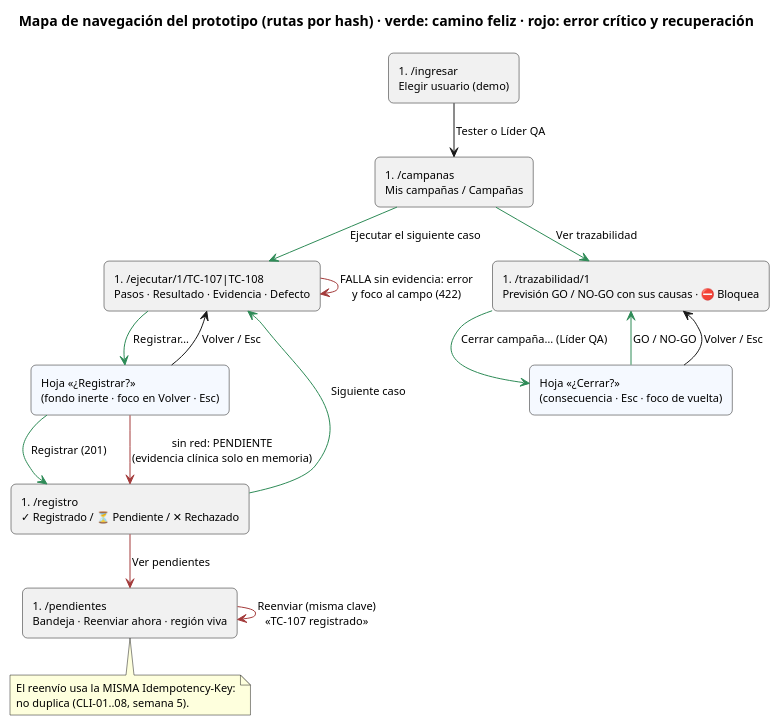
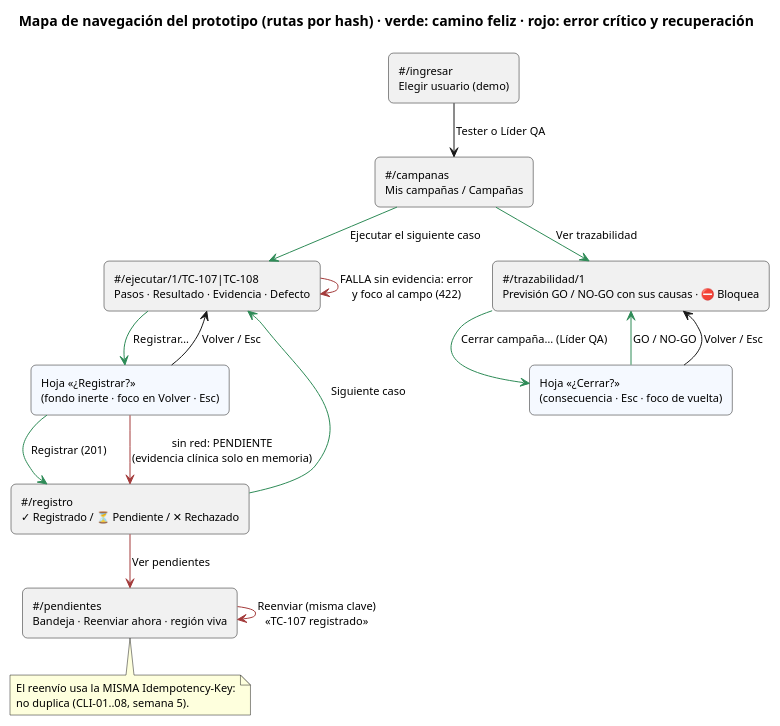
One commit to bquiroao/practica-laravel13 changed the diagram in docs/modulos/qa-regresion-defectos/semana-11/diagramas/semana-11-mapa-navegacion.puml. Above: the diagram before and after it, drawn with PlantUML. The commit also changed 63 other files, not shown here.

Commit message:
docs(qa-regresion): semana 12, segunda evaluación parcial con matriz decisión-requisito-evidencia y trazabilidad por requisito

```diff
--- a/docs/modulos/qa-regresion-defectos/semana-11/diagramas/semana-11-mapa-navegacion.puml
+++ b/docs/modulos/qa-regresion-defectos/semana-11/diagramas/semana-11-mapa-navegacion.puml
@@ -1,36 +1,36 @@
 @startuml semana-11-mapa-navegacion
 !pragma layout smetana
 title Mapa de navegación del prototipo (rutas por hash) · verde: camino feliz · rojo: error crítico y recuperación
 skinparam defaultFontSize 11
 skinparam rectangleRoundCorner 10
 
-rectangle "#/ingresar\nElegir usuario (demo)" as I
-rectangle "#/campanas\nMis campañas / Campañas" as C
-rectangle "#/ejecutar/1/TC-107|TC-108\nPasos · Resultado · Evidencia · Defecto" as E
+rectangle "<U+0023>/ingresar\nElegir usuario (demo)" as I
+rectangle "<U+0023>/campanas\nMis campañas / Campañas" as C
+rectangle "<U+0023>/ejecutar/1/TC-107|TC-108\nPasos · Resultado · Evidencia · Defecto" as E
 rectangle "Hoja «¿Registrar?»\n(fondo inerte · foco en Volver · Esc)" as H1 #F5F9FF
-rectangle "#/registro\n✓ Registrado / ⏳ Pendiente / ✕ Rechazado" as R
-rectangle "#/pendientes\nBandeja · Reenviar ahora · región viva" as P
-rectangle "#/trazabilidad/1\nPrevisión GO / NO-GO con sus causas · ⛔ Bloquea" as T
+rectangle "<U+0023>/registro\n✓ Registrado / ⏳ Pendiente / ✕ Rechazado" as R
+rectangle "<U+0023>/pendientes\nBandeja · Reenviar ahora · región viva" as P
+rectangle "<U+0023>/trazabilidad/1\nPrevisión GO / NO-GO con sus causas · ⛔ Bloquea" as T
 rectangle "Hoja «¿Cerrar?»\n(consecuencia · Esc · foco de vuelta)" as H2 #F5F9FF
 
 I --> C : Tester o Líder QA
 C -[#2E8B57]-> E : Ejecutar el siguiente caso
 E -[#2E8B57]-> H1 : Registrar…
 H1 -[#2E8B57]-> R : Registrar (201)
 R -[#2E8B57]-> E : Siguiente caso
 C -[#2E8B57]-> T : Ver trazabilidad
 T -[#2E8B57]-> H2 : Cerrar campaña… (Líder QA)
 H2 -[#2E8B57]-> T : GO / NO-GO
 
 E -[#A33A3A]-> E : FALLA sin evidencia: error\ny foco al campo (422)
 H1 -[#A33A3A]-> R : sin red: PENDIENTE\n(evidencia clínica solo en memoria)
 R -[#A33A3A]-> P : Ver pendientes
 P -[#A33A3A]-> P : Reenviar (misma clave)\n«TC-107 registrado»
 H1 --> E : Volver / Esc
 H2 --> T : Volver / Esc
 
 note bottom of P
   El reenvío usa la MISMA Idempotency-Key:
   no duplica (CLI-01..08, semana 5).
 end note
 @enduml
```
